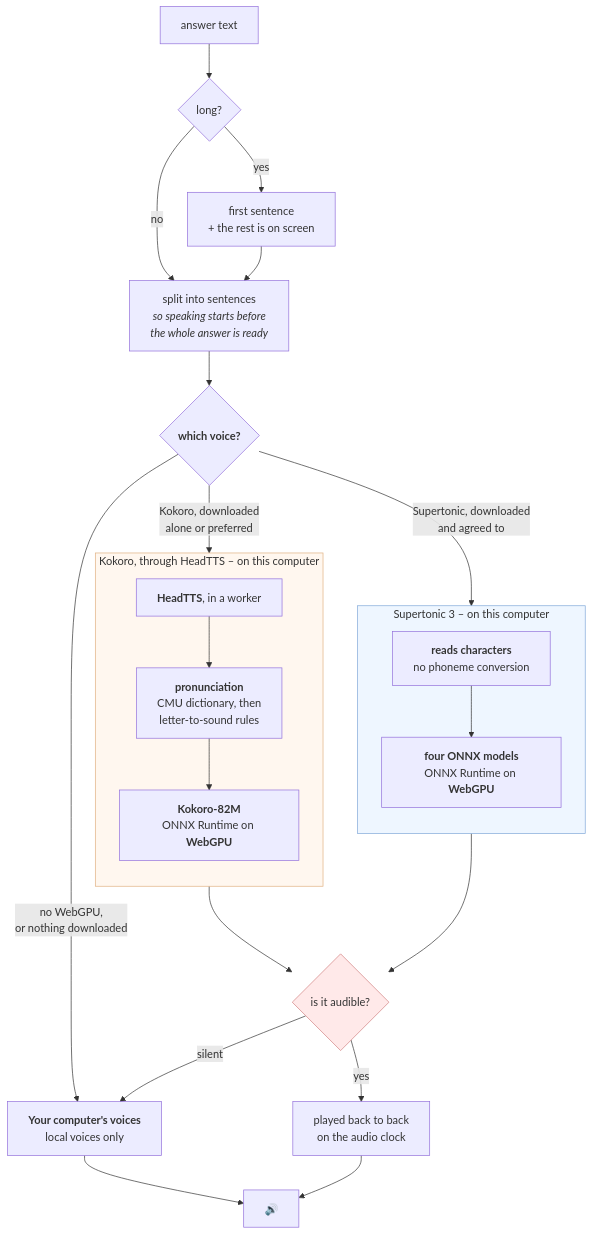
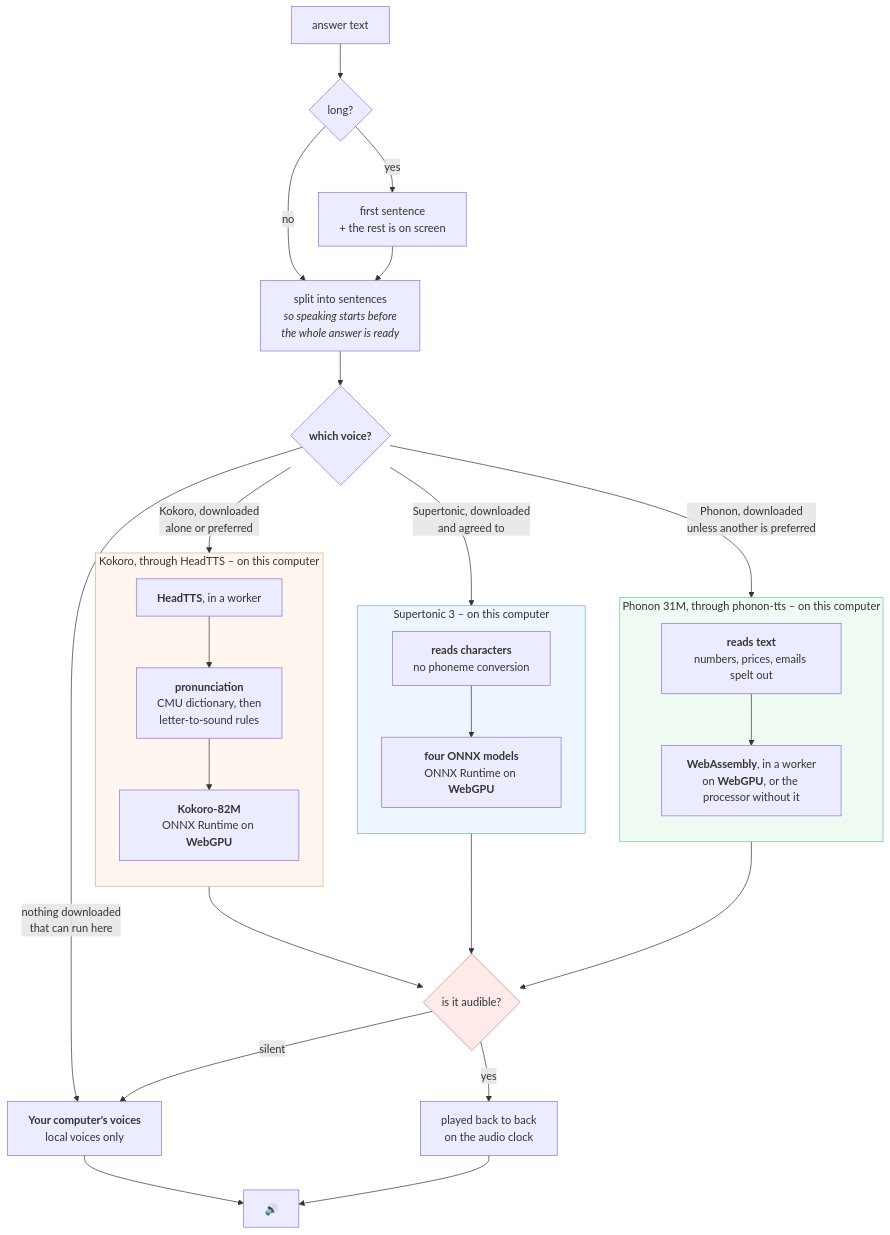
Before and after one commit to openposse-org/openposse-extension: the fifth of 5 diagrams in README.md, drawn with Mermaid. The commit also changed other lines of this file and 35 other files, not shown here.

````diff
--- a/README.md
+++ b/README.md
@@ -357,40 +358,50 @@
 ```mermaid
 flowchart TB
     TXT["answer text"] --> SUM{"long?"}
     SUM -->|yes| SU["first sentence<br/>+ the rest is on screen"]
     SUM -->|no| SPLIT
     SU --> SPLIT["split into sentences<br/><i>so speaking starts before<br/>the whole answer is ready</i>"]
 
     SPLIT --> GATE{"<b>which voice?</b>"}
-    GATE -->|"no WebGPU,<br/>or nothing downloaded"| SYS
+    GATE -->|"nothing downloaded<br/>that can run here"| SYS
+    GATE -->|"Phonon, downloaded<br/>unless another is preferred"| PH
     GATE -->|"Supertonic, downloaded<br/>and agreed to"| UNI
     GATE -->|"Kokoro, downloaded<br/>alone or preferred"| HT
 
     SYS["<b>Your computer's voices</b><br/>local voices only"] --> OUT
+
+    subgraph phonon["Phonon 31M, through phonon-tts – on this computer"]
+        direction TB
+        PH["<b>reads text</b><br/>numbers, prices, emails spelt out"]
+        WASM["<b>WebAssembly</b>, in a worker<br/>on <b>WebGPU</b>, or the processor without it"]
+        PH --> WASM
+    end
+    WASM --> CHK
 
     subgraph supertonic["Supertonic 3 – on this computer"]
         direction TB
         UNI["<b>reads characters</b><br/>no phoneme conversion"]
         GRAPHS["<b>four ONNX models</b><br/>ONNX Runtime on <b>WebGPU</b>"]
         UNI --> GRAPHS
     end
     GRAPHS --> CHK
 
     subgraph kokoro["Kokoro, through HeadTTS – on this computer"]
         direction TB
         HT["<b>HeadTTS</b>, in a worker"]
         G2P["<b>pronunciation</b><br/>CMU dictionary, then<br/>letter-to-sound rules"]
         ONNX["<b>Kokoro-82M</b><br/>ONNX Runtime on <b>WebGPU</b>"]
         HT --> G2P --> ONNX
     end
     ONNX --> CHK
 
     CHK{"is it audible?"}
     CHK -->|"silent"| SYS
     CHK -->|"yes"| SCH["played back to back<br/>on the audio clock"]
     SCH --> OUT["🔊"]
 
+    style phonon fill:#effaf2,stroke:#80c090
     style supertonic fill:#eef6ff,stroke:#80a8d8
     style kokoro fill:#fff7ef,stroke:#e0b080
     style CHK fill:#ffe9e9,stroke:#d08080
 ```
````
